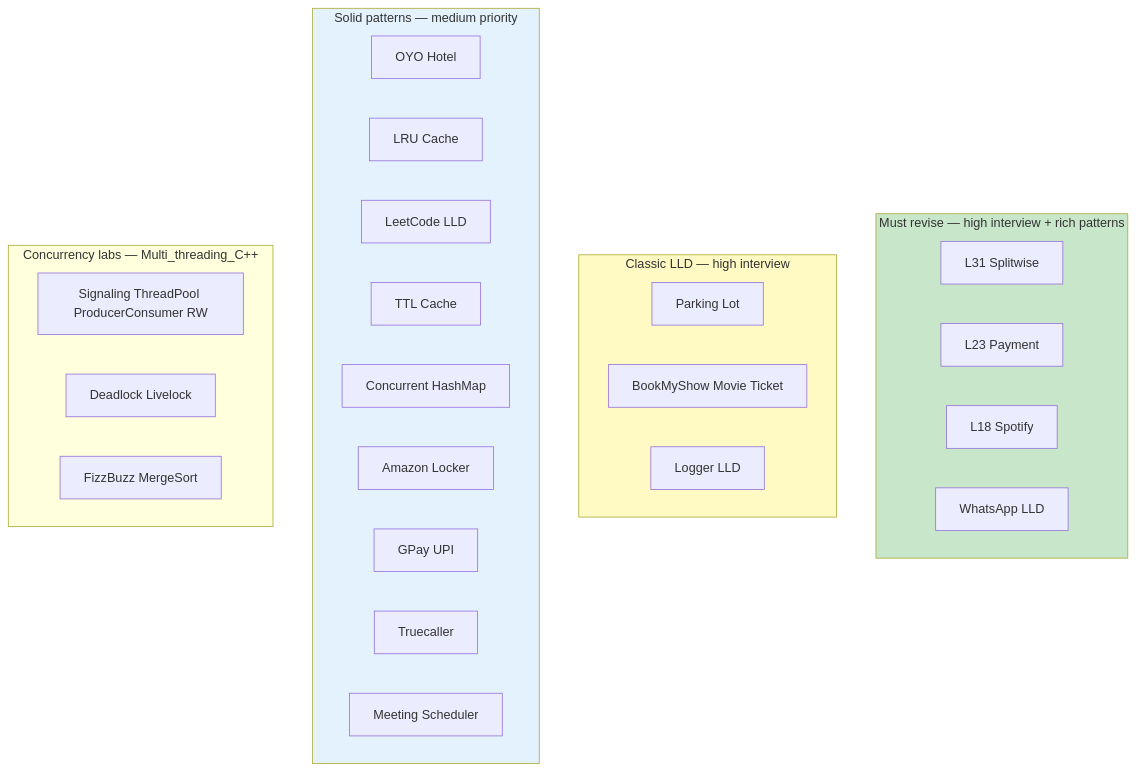
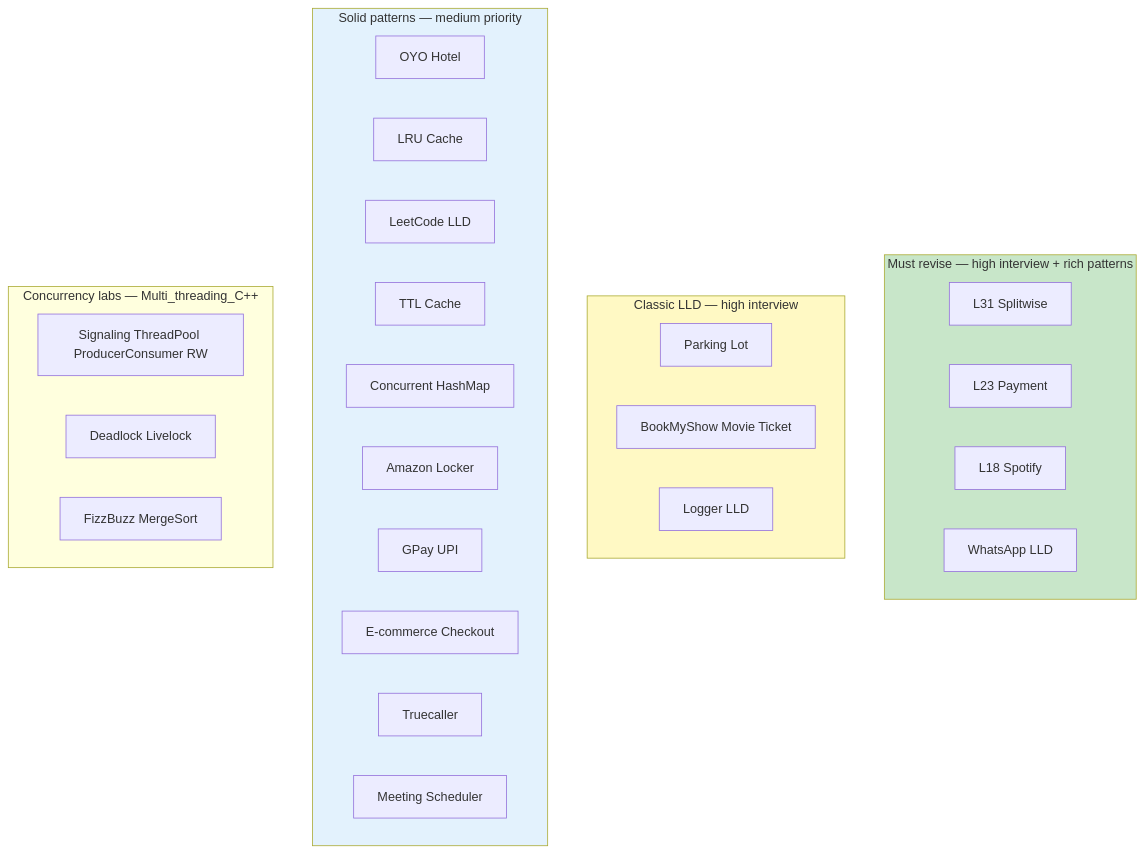
Before and after one commit to subhm2004/LLD: the seventh of 21 diagrams in docs/PROJECT_DESIGN_PATTERNS.md, drawn with Mermaid. The commit also changed other lines of this file and 40 other files, not shown here.

````diff
--- a/docs/PROJECT_DESIGN_PATTERNS.md
+++ b/docs/PROJECT_DESIGN_PATTERNS.md
@@ -602,37 +604,38 @@
 ```mermaid
 flowchart TB
     subgraph must [Must revise — high interview + rich patterns]
         SW[L31 Splitwise]
         PAY[L23 Payment]
         SP[L18 Spotify]
         WA[WhatsApp LLD]
     end
 
     subgraph classic [Classic LLD — high interview]
         PK[Parking Lot]
         BK[BookMyShow Movie Ticket]
         LOG[Logger LLD]
     end
 
     subgraph solid [Solid patterns — medium priority]
         OYO[OYO Hotel]
         LRU[LRU Cache]
         LC[LeetCode LLD]
         TTL[TTL Cache]
         CHM[Concurrent HashMap]
         LOCKER[Amazon Locker]
         GPAY[GPay UPI]
+        ECOMM[E-commerce Checkout]
         TC[Truecaller]
         MSCH[Meeting Scheduler]
     end
 
     subgraph concurrency [Concurrency labs — Multi_threading_C++]
         PAT[Signaling ThreadPool ProducerConsumer RW]
         CHL[Deadlock Livelock]
         INT[FizzBuzz MergeSort]
     end
 
     style must fill:#c8e6c9
     style classic fill:#fff9c4
     style solid fill:#e3f2fd
 ```
````
